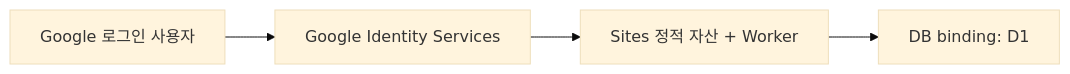
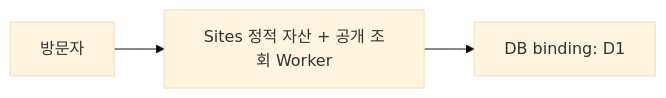
One commit to edder773/careerground changed the diagram in docs/operations/deployment.md. Above: the diagram before and after it, drawn with Mermaid (base theme). The commit also changed other lines of this file and 55 other files, not shown here.

````diff
--- a/docs/operations/deployment.md
+++ b/docs/operations/deployment.md
@@ -7,6 +7,5 @@
 ```mermaid
 flowchart LR
-  User["Google 로그인 사용자"] --> GIS["Google Identity Services"]
-  GIS --> Worker["Sites 정적 자산 + Worker"]
+  User["방문자"] --> Worker["Sites 정적 자산 + 공개 조회 Worker"]
   Worker --> D1["DB binding: D1"]
 ```
````
